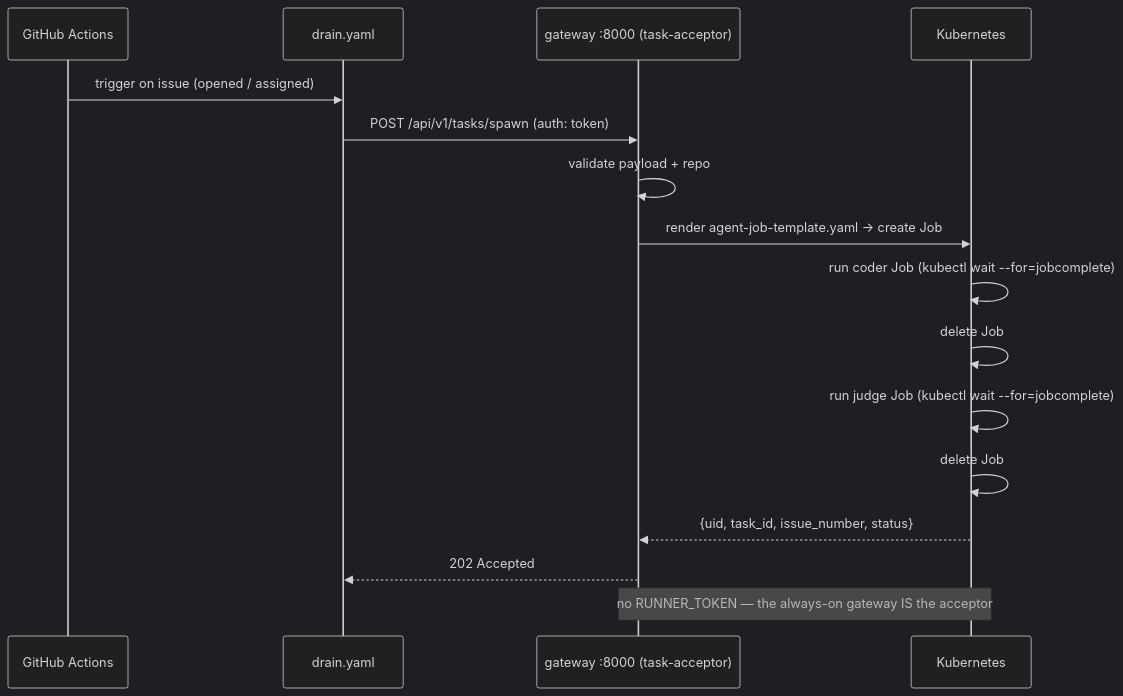
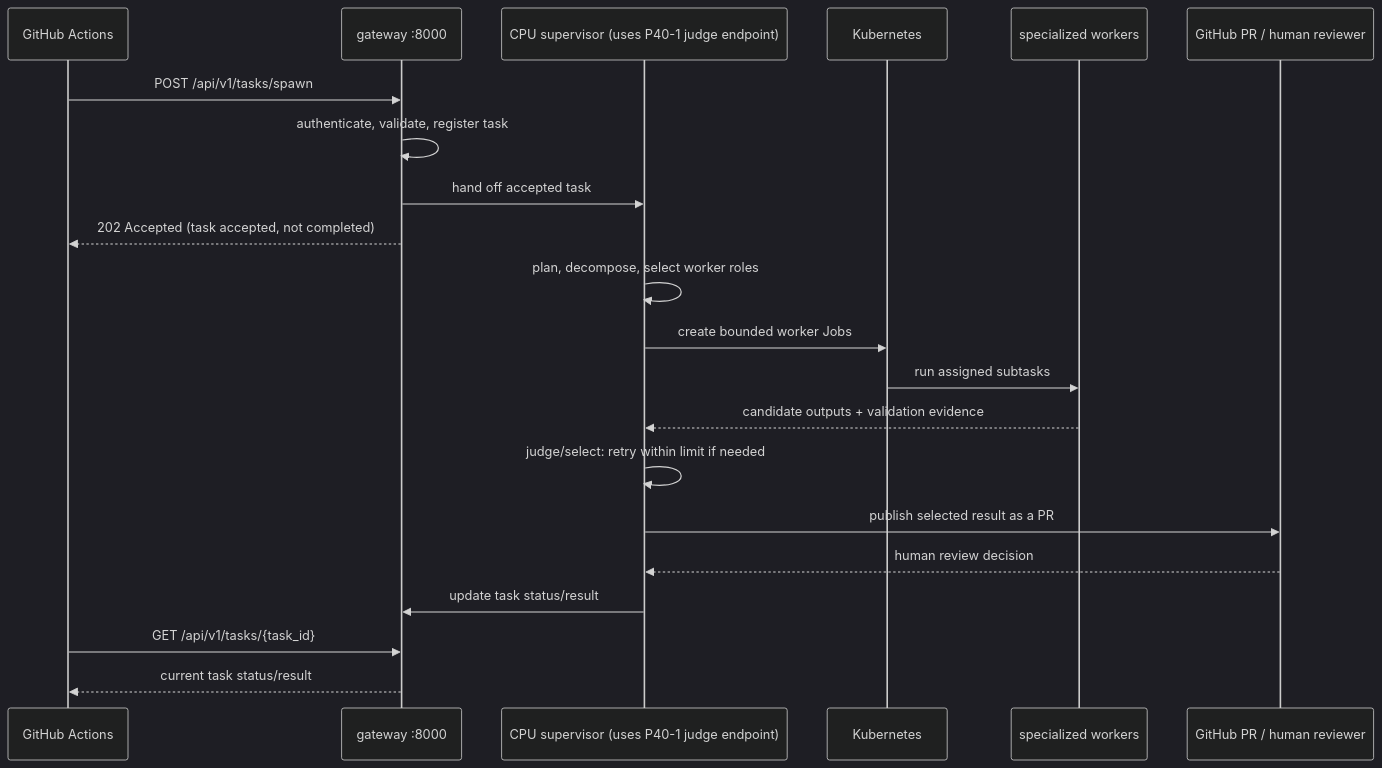
Before and after one commit to UtopikLab/code-factory: the first of 4 diagrams in docs/design/thinktank-plan.md, drawn with Mermaid (dark theme). The commit also changed other lines of this file and 29 other files, not shown here.

First line of the commit message:
Refactor worker to use Coder API and remove OpenAI dependencies

````diff
--- a/docs/design/thinktank-plan.md
+++ b/docs/design/thinktank-plan.md
@@ -92,18 +76,23 @@
 ```mermaid
 sequenceDiagram
     participant GH as GitHub Actions
-    participant WF as drain.yaml
-    participant GW as gateway :8000 (task-acceptor)
+    participant GW as gateway :8000
+    participant S as CPU supervisor (uses P40-1 judge endpoint)
     participant K8 as Kubernetes
-    GH->>WF: trigger on issue (opened / assigned)
-    WF->>GW: POST /api/v1/tasks/spawn (auth: token)
-    GW->>GW: validate payload + repo
-    GW->>K8: render agent-job-template.yaml → create Job
-    K8->>K8: run coder Job (kubectl wait --for=jobcomplete)
-    K8->>K8: delete Job
-    K8->>K8: run judge Job (kubectl wait --for=jobcomplete)
-    K8->>K8: delete Job
-    K8-->>GW: {uid, task_id, issue_number, status}
-    GW-->>WF: 202 Accepted
-    note over GW,K8: no RUNNER_TOKEN — the always-on gateway IS the acceptor
+    participant W as specialized workers
+    participant PR as GitHub PR / human reviewer
+    GH->>GW: POST /api/v1/tasks/spawn
+    GW->>GW: authenticate, validate, register task
+    GW->>S: hand off accepted task
+    GW-->>GH: 202 Accepted (task accepted, not completed)
+    S->>S: plan, decompose, select worker roles
+    S->>K8: create bounded worker Jobs
+    K8->>W: run assigned subtasks
+    W-->>S: candidate outputs + validation evidence
+    S->>S: judge/select: retry within limit if needed
+    S->>PR: publish selected result as a PR
+    PR-->>S: human review decision
+    S->>GW: update task status/result
+    GH->>GW: GET /api/v1/tasks/{task_id}
+    GW-->>GH: current task status/result
 ```
````
